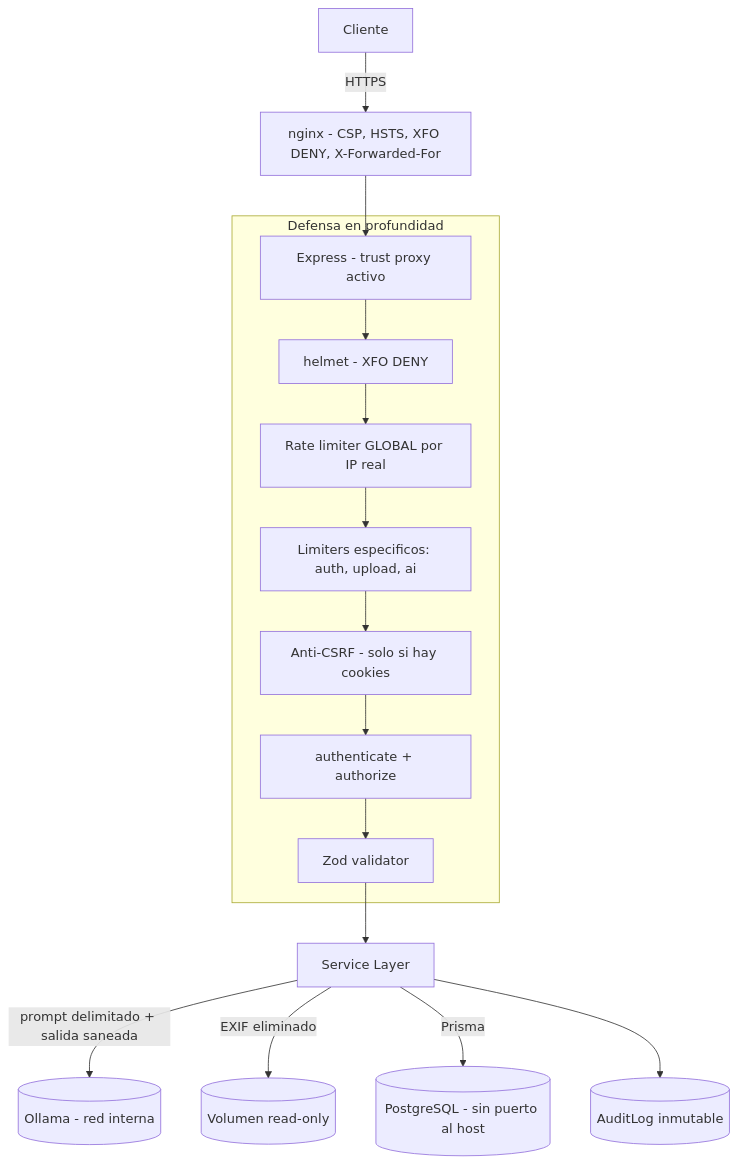
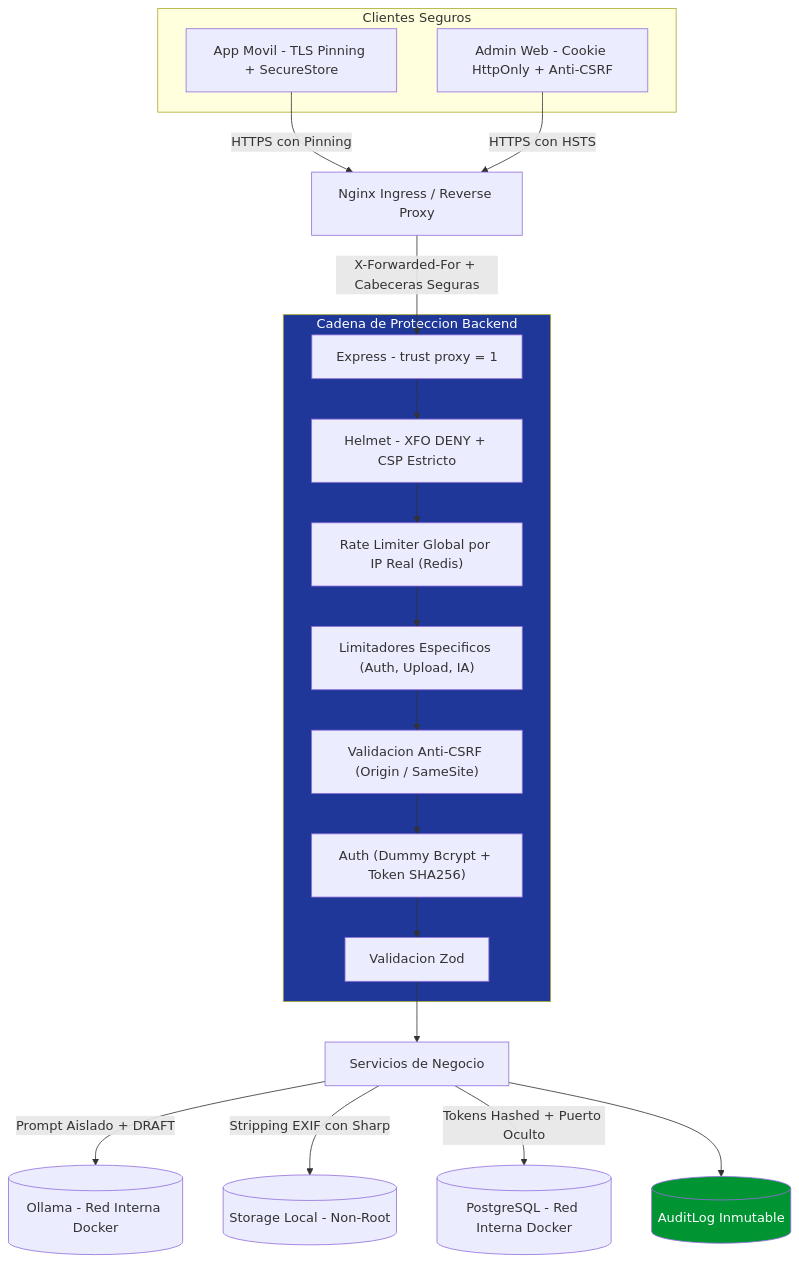
The second of 2 diagrams in SEC_IMPLEMENTATION.md (DavidDevGt/lectoapp), drawn with Mermaid before and after one commit. The commit also changed other lines of this file, not shown here.

Commit message:
docs(security): actualizar SEC_IMPLEMENTATION.md a v4.0 con superficie movil, auditoria CISO y riesgos R-15 a R-18

````diff
--- a/SEC_IMPLEMENTATION.md
+++ b/SEC_IMPLEMENTATION.md
@@ -150,20 +193,31 @@
 ```mermaid
 flowchart TD
-    Client["Cliente"] -->|HTTPS| Nginx["nginx - CSP, HSTS, XFO DENY, X-Forwarded-For"]
-    Nginx --> Gateway["Express - trust proxy activo"]
-
-    subgraph DefensaProfundidad ["Defensa en profundidad"]
-        Gateway --> Helmet["helmet - XFO DENY"]
-        Helmet --> Global["Rate limiter GLOBAL por IP real"]
-        Global --> Specific["Limiters especificos: auth, upload, ai"]
-        Specific --> Csrf["Anti-CSRF - solo si hay cookies"]
-        Csrf --> Auth["authenticate + authorize"]
-        Auth --> Zod["Zod validator"]
+    subgraph ClientesSeguros ["Clientes Seguros"]
+        MobileAppSec["App Movil - TLS Pinning + SecureStore"]
+        AdminWebSec["Admin Web - Cookie HttpOnly + Anti-CSRF"]
     end
 
-    Zod --> Service["Service Layer"]
-    Service -->|prompt delimitado + salida saneada| Ollama[("Ollama - red interna")]
-    Service -->|EXIF eliminado| Disk[("Volumen read-only")]
-    Service -->|Prisma| DB[("PostgreSQL - sin puerto al host")]
-    Service --> Audit[("AuditLog inmutable")]
+    MobileAppSec -->|HTTPS con Pinning| ReverseProxy["Nginx Ingress / Reverse Proxy"]
+    AdminWebSec -->|HTTPS con HSTS| ReverseProxy
+
+    ReverseProxy -->|X-Forwarded-For + Cabeceras Seguras| GatewaySec["Express - trust proxy = 1"]
+
+    subgraph DefensaProfundidad ["Cadena de Proteccion Backend"]
+        GatewaySec --> HelmetSec["Helmet - XFO DENY + CSP Estricto"]
+        HelmetSec --> GlobalRL["Rate Limiter Global por IP Real (Redis)"]
+        GlobalRL --> SpecificRL["Limitadores Especificos (Auth, Upload, IA)"]
+        SpecificRL --> CsrfCheck["Validacion Anti-CSRF (Origin / SameSite)"]
+        CsrfCheck --> AuthSec["Auth (Dummy Bcrypt + Token SHA256)"]
+        AuthSec --> ZodSec["Validacion Zod"]
+    end
+
+    ZodSec --> ServicesSec["Servicios de Negocio"]
+
+    ServicesSec -->|Prompt Aislado + DRAFT| OllamaSec[("Ollama - Red Interna Docker")]
+    ServicesSec -->|Stripping EXIF con Sharp| StorageSec[("Storage Local - Non-Root")]
+    ServicesSec -->|Tokens Hashed + Puerto Oculto| PostgresSec[("PostgreSQL - Red Interna Docker")]
+    ServicesSec --> AuditSec[("AuditLog Inmutable")]
+
+    style DefensaProfundidad fill:#1e3799,color:#fff
+    style AuditSec fill:#009432,color:#fff
 ```
````
